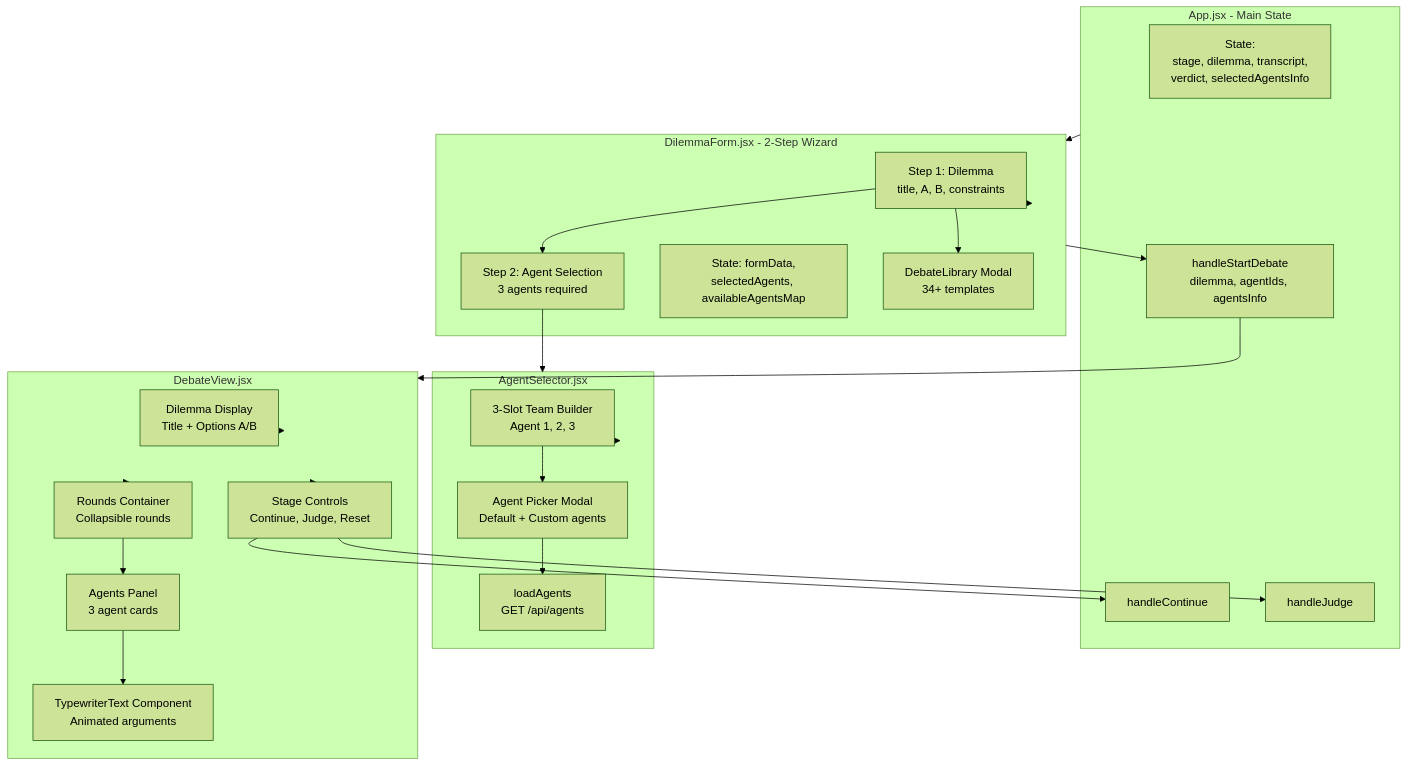
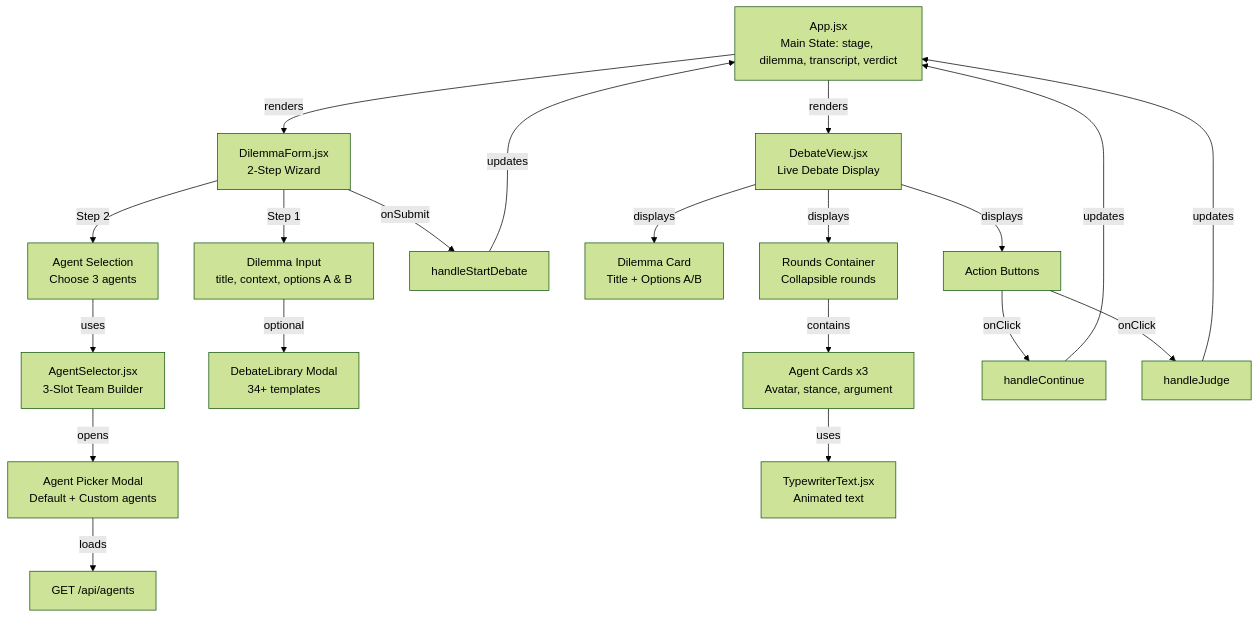
The first of 9 diagrams in docs/feature-architecture-diagrams.md (khattam/MirrorMind-AI), drawn with Mermaid (forest theme) before and after one commit. The commit also changed other lines of this file, not shown here.

Commit message:
Fix 1.2 Data Flow - use actual /agent/{name} loop instead of /openings endpoint

````diff
--- a/docs/feature-architecture-diagrams.md
+++ b/docs/feature-architecture-diagrams.md
@@ -23,50 +23,30 @@
 ```mermaid
-graph TB
-    subgraph App["App.jsx - Main State"]
-        AppState[State:<br/>stage, dilemma, transcript,<br/>verdict, selectedAgentsInfo]
-        handleStartDebate[handleStartDebate<br/>dilemma, agentIds, agentsInfo]
-        handleContinue[handleContinue]
-        handleJudge[handleJudge]
-    end
+graph TD
+    App[App.jsx<br/>Main State: stage, dilemma, transcript, verdict]
     
-    subgraph DilemmaForm["DilemmaForm.jsx - 2-Step Wizard"]
-        Step1[Step 1: Dilemma<br/>title, A, B, constraints]
-        Step2[Step 2: Agent Selection<br/>3 agents required]
-        FormState[State: formData,<br/>selectedAgents, availableAgentsMap]
-        DebateLibrary[DebateLibrary Modal<br/>34+ templates]
-    end
+    App -->|renders| DilemmaForm[DilemmaForm.jsx<br/>2-Step Wizard]
+    App -->|renders| DebateView[DebateView.jsx<br/>Live Debate Display]
     
-    subgraph AgentSelector["AgentSelector.jsx"]
-        TeamBuilder[3-Slot Team Builder<br/>Agent 1, 2, 3]
-        AgentPicker[Agent Picker Modal<br/>Default + Custom agents]
-        LoadAgents[loadAgents<br/>GET /api/agents]
-    end
+    DilemmaForm -->|Step 1| Step1[Dilemma Input<br/>title, context, options A & B]
+    DilemmaForm -->|Step 2| Step2[Agent Selection<br/>Choose 3 agents]
     
-    subgraph DebateView["DebateView.jsx"]
-        DilemmaDisplay[Dilemma Display<br/>Title + Options A/B]
-        RoundsContainer[Rounds Container<br/>Collapsible rounds]
-        AgentsPanel[Agents Panel<br/>3 agent cards]
-        TypewriterEffect[TypewriterText Component<br/>Animated arguments]
-        StageControls[Stage Controls<br/>Continue, Judge, Reset]
-    end
+    Step2 -->|uses| AgentSelector[AgentSelector.jsx<br/>3-Slot Team Builder]
+    AgentSelector -->|opens| AgentPicker[Agent Picker Modal<br/>Default + Custom agents]
+    AgentPicker -->|loads| LoadAgents[GET /api/agents]
     
-    App --> DilemmaForm
-    DilemmaForm --> Step1
-    Step1 --> Step2
-    Step2 --> AgentSelector
-    AgentSelector --> TeamBuilder
-    TeamBuilder --> AgentPicker
-    AgentPicker --> LoadAgents
+    Step1 -->|optional| DebateLibrary[DebateLibrary Modal<br/>34+ templates]
     
-    DilemmaForm --> handleStartDebate
-    handleStartDebate --> DebateView
-    DebateView --> DilemmaDisplay
-    DebateView --> RoundsContainer
-    RoundsContainer --> AgentsPanel
-    AgentsPanel --> TypewriterEffect
-    DebateView --> StageControls
-    StageControls --> handleContinue
-    StageControls --> handleJudge
+    DilemmaForm -->|onSubmit| HandleStart[handleStartDebate]
+    HandleStart -->|updates| App
     
-    Step1 --> DebateLibrary
+    DebateView -->|displays| DilemmaCard[Dilemma Card<br/>Title + Options A/B]
+    DebateView -->|displays| Rounds[Rounds Container<br/>Collapsible rounds]
+    Rounds -->|contains| AgentCards[Agent Cards x3<br/>Avatar, stance, argument]
+    AgentCards -->|uses| Typewriter[TypewriterText.jsx<br/>Animated text]
+    
+    DebateView -->|displays| Controls[Action Buttons]
+    Controls -->|onClick| HandleContinue[handleContinue]
+    Controls -->|onClick| HandleJudge[handleJudge]
+    HandleContinue -->|updates| App
+    HandleJudge -->|updates| App
 ```
````
